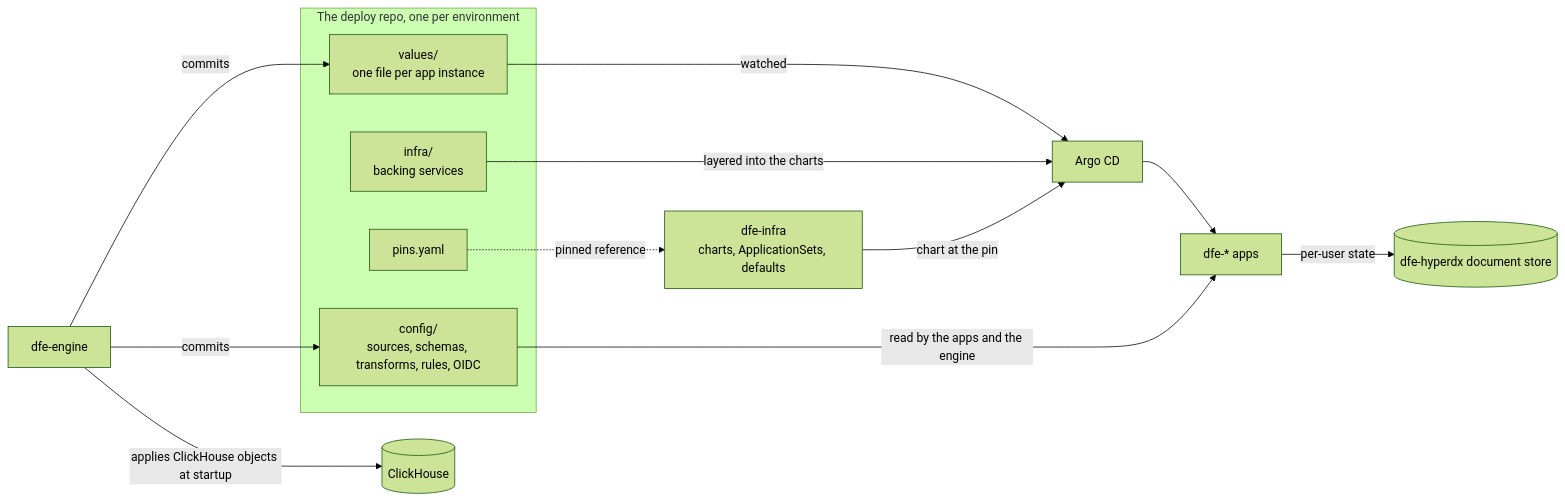
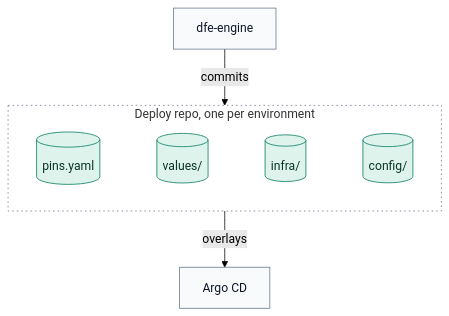
One commit to hyperi-io/dfe-infra changed the diagram in docs/deployment/state-and-repos.md. Above: the diagram before and after it, drawn with Mermaid (forest theme). The commit also changed other lines of this file and 63 other files, not shown here.

````diff
--- a/docs/deployment/state-and-repos.md
+++ b/docs/deployment/state-and-repos.md
@@ -35,26 +35,27 @@
 ```mermaid
-flowchart LR
-    INFRA["dfe-infra<br/>charts, ApplicationSets, defaults"]
-    subgraph DEPLOY["The deploy repo, one per environment"]
-        PINS["pins.yaml"]
-        VALUES["values/<br/>one file per app instance"]
-        INFRADIR["infra/<br/>backing services"]
-        CONFIG["config/<br/>sources, schemas, transforms, rules, OIDC"]
+flowchart TB
+    accTitle: L4 Detail -- The deploy repo
+    accDescr: dfe-engine commits to the deploy repo, one per environment. It holds pins.yaml, values/ with one file per app instance, infra/ for the backing services and config/ for sources, schemas, transforms, rules and OIDC. Argo CD reads the pin, the values and the infra overlays from it.
+
+    engine["dfe-engine"]
+
+    subgraph deploy["Deploy repo, one per environment"]
+        direction LR
+        pins[("pins.yaml")]
+        values[("values/")]
+        infradir[("infra/")]
+        config[("config/")]
+        pins ~~~ values ~~~ infradir ~~~ config
     end
-    ENGINE["dfe-engine"]
-    ARGO["Argo CD"]
-    APPS["dfe-* apps"]
-    CH[("ClickHouse")]
-    DOCDB[("dfe-hyperdx document store")]
 
-    PINS -. "pinned reference" .-> INFRA
-    ENGINE -->|"commits"| VALUES
-    ENGINE -->|"commits"| CONFIG
-    VALUES -->|"watched"| ARGO
-    INFRADIR -->|"layered into the charts"| ARGO
-    INFRA -->|"chart at the pin"| ARGO
-    ARGO --> APPS
-    CONFIG -->|"read by the apps and the engine"| APPS
-    ENGINE -->|"applies ClickHouse objects at startup"| CH
-    APPS -->|"per-user state"| DOCDB
+    argocd["Argo CD"]
+
+    engine -->|commits| deploy
+    deploy -->|overlays| argocd
+
+    classDef default fill:#F8FAFC,stroke:#64748B,stroke-width:1px,color:#0F172A
+    classDef store fill:#DDF3EC,stroke:#00785A,stroke-width:1px,color:#0B3327
+    classDef group fill:none,stroke:#64748B,stroke-width:1px,stroke-dasharray:2 4
+    class pins,values,infradir,config store
+    class deploy group
 ```
````
